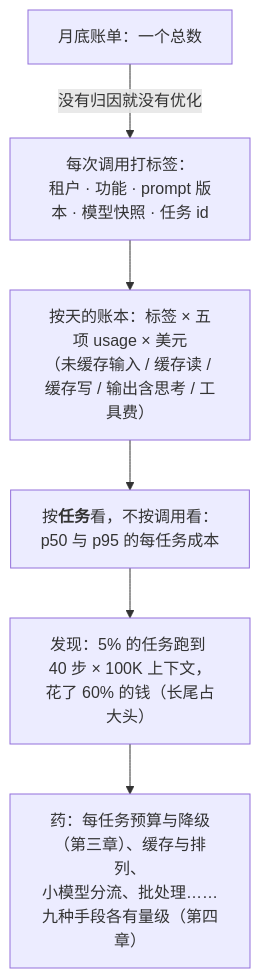
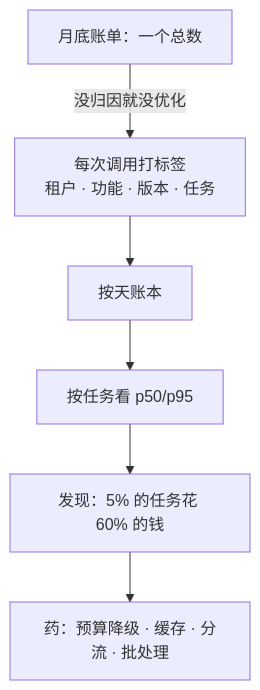
Before and after one commit to arganzheng/arganzheng.github.com: the third of 7 diagrams in slides/2026-11-14-production-and-operations.md, drawn with Mermaid. The commit also changed other lines of this file, not shown here.

Commit message:
slides/production-and-operations: cut/shorten mermaid diagrams below 14px rendered text (check-render smalltext/overlap)

````diff
--- a/slides/2026-11-14-production-and-operations.md
+++ b/slides/2026-11-14-production-and-operations.md
@@ -80,10 +80,10 @@
 ```mermaid
 %%{init: {"flowchart": {"wrappingWidth": 180}}}%%
 flowchart TB
-    B["月底账单：一个总数"] -- "没有归因就没有优化" --> T["每次调用打标签：<br/>租户 · 功能 · prompt 版本 · 模型快照 · 任务 id"]
-    T --> L["按天的账本：标签 × 五项 usage × 美元<br/>（未缓存输入 / 缓存读 / 缓存写 / 输出含思考 / 工具费）"]
-    L --> V["按<b>任务</b>看，不按调用看：<br/>p50 与 p95 的每任务成本"]
-    V --> F["发现：5% 的任务跑到 40 步 × 100K 上下文，<br/>花了 60% 的钱（长尾占大头）"]
-    F --> A["药：每任务预算与降级（第三章）、缓存与排列、<br/>小模型分流、批处理……九种手段各有量级（第四章）"]
+    B["月底账单：一个总数"] -- "没归因就没优化" --> T["每次调用打标签<br/>租户 · 功能 · 版本 · 任务"]
+    T --> L["按天账本"]
+    L --> V["按任务看 p50/p95"]
+    V --> F["发现：5% 的任务花 60% 的钱"]
+    F --> A["药：预算降级 · 缓存 · 分流 · 批处理"]
 
 ```
````
